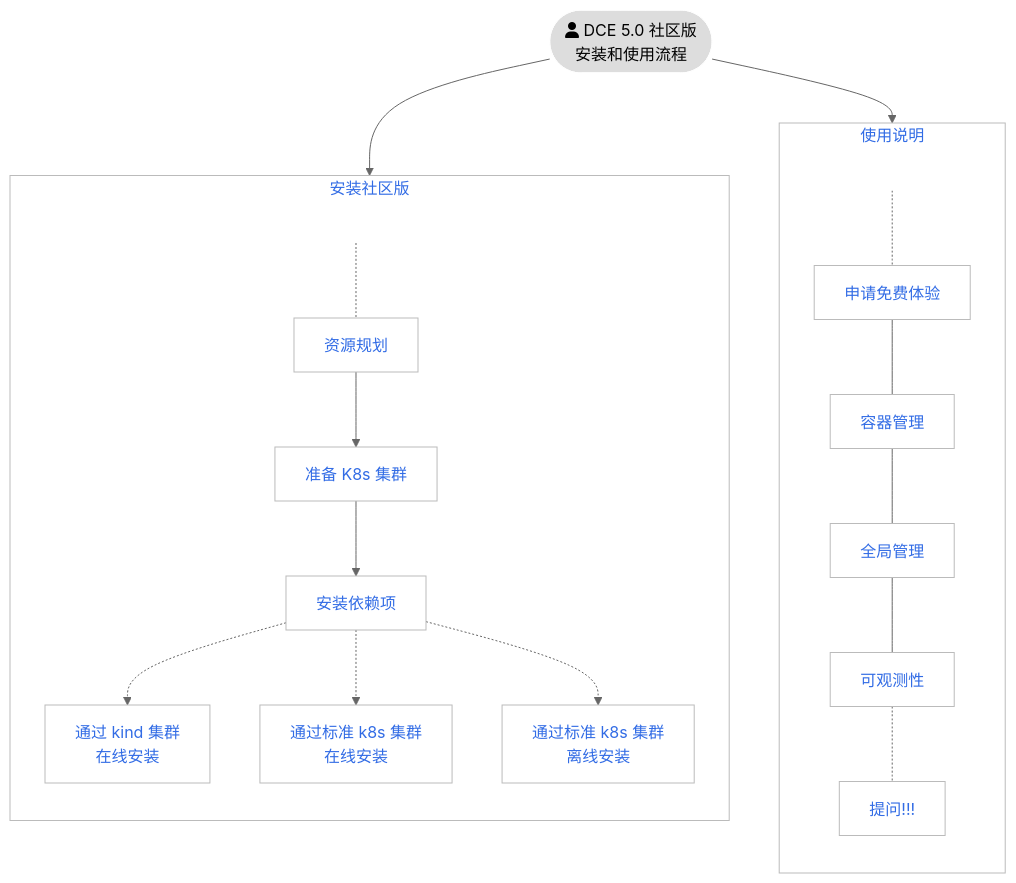
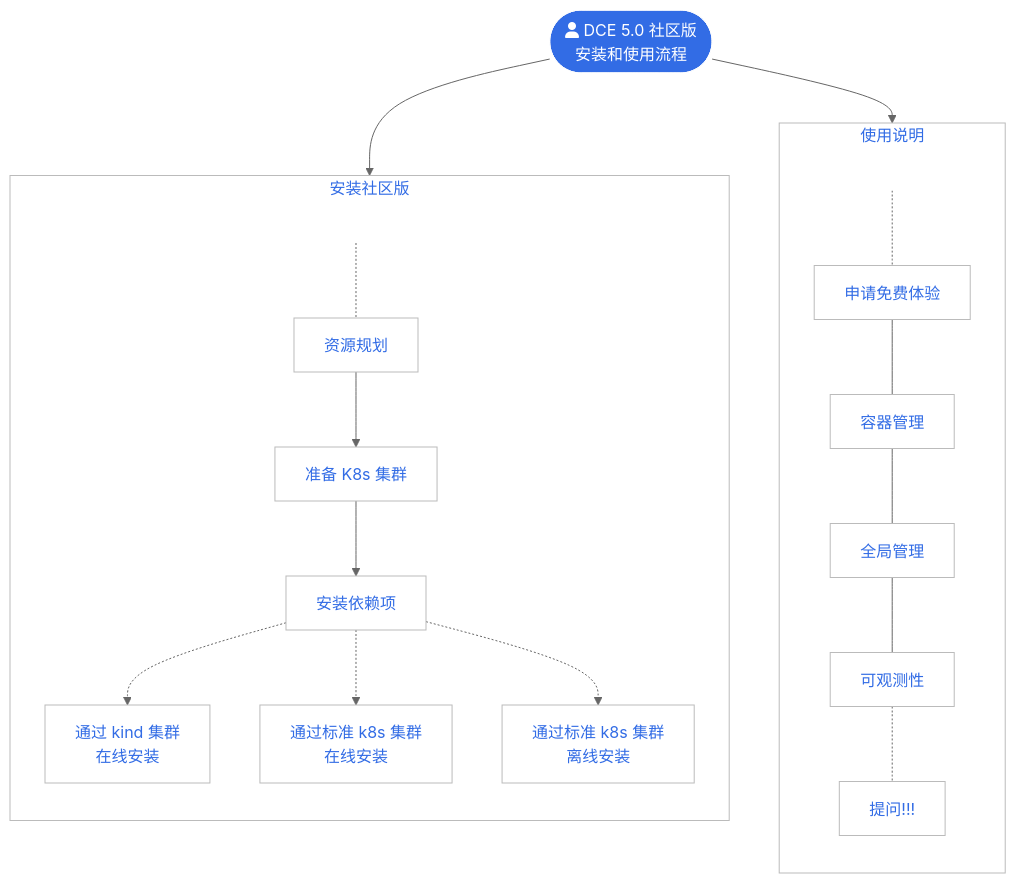
One commit to DaoCloud/DaoCloud-docs changed the first of 2 diagrams in docs/zh/docs/install/index.md. Above: the diagram before and after it, drawn with Mermaid (neutral theme). The commit also changed other lines of this file and 1 other file, not shown here.

Commit message:
update install mermaid

````diff
--- a/docs/zh/docs/install/index.md
+++ b/docs/zh/docs/install/index.md
@@ -58,48 +58,48 @@
 ```mermaid
 flowchart TB
 
 subgraph second[使用说明]
     direction TB
     U[ ] -.-
     free[申请免费体验] --- kpanda[容器管理]
     kpanda --- ghippo[全局管理]
     ghippo --- insight[可观测性]
     insight -.- ask[提问!!!]
 end
 
 subgraph first[安装社区版]
     direction TB
     S[ ] -.-
     plan[资源规划] --> k8s[准备 K8s 集群]
     k8s --> tools[安装依赖项]
     tools -.-> kind[通过 kind 集群<br>在线安装]
     tools -.-> s1[通过标准 k8s 集群<br>在线安装]
     tools -.-> s2[通过标准 k8s 集群<br>离线安装]
 end
 
 start([fa:fa-user DCE 5.0 社区版<br>安装和使用流程]) --> first
 start --> second
 
 classDef grey fill:#dddddd,stroke:#ffffff,stroke-width:px,color:#000000, font-size:15px;
 classDef white fill:#ffffff,stroke:#000,stroke-width:px,color:#000,font-weight:bold
 classDef spacewhite fill:#ffffff,stroke:#fff,stroke-width:0px,color:#000
 classDef plain fill:#ddd,stroke:#fff,stroke-width:1px,color:#000;
 classDef k8s fill:#326ce5,stroke:#fff,stroke-width:1px,color:#fff;
 classDef cluster fill:#fff,stroke:#bbb,stroke-width:1px,color:#326ce5;
 
 class plan,k8s,tools,kind,s1,s2,kpanda,ghippo,insight,free,ask cluster;
-class start plain
+class start k8s
 class S,U spacewhite
 
 click plan "https://docs.daocloud.io/install/community/resources.html"
 click k8s "https://docs.daocloud.io/install/community/kind/online.html#kind"
 click tools "https://docs.daocloud.io/install/install-tools.html"
 click kind "https://docs.daocloud.io/install/community/kind/online.html"
 click s1 "https://docs.daocloud.io/install/community/k8s/online.html"
 click s2 "https://docs.daocloud.io/install/community/k8s/offline.html"
 click kpanda "https://docs.daocloud.io/kpanda/intro/index.html"
 click ghippo "https://docs.daocloud.io/ghippo/intro/index.html"
 click insight "https://docs.daocloud.io/insight/intro/index.html"
 click free "https://docs.daocloud.io/dce/license0.html"
 click ask "https://docs.daocloud.io/install/index.html#_4"
 ```
````
